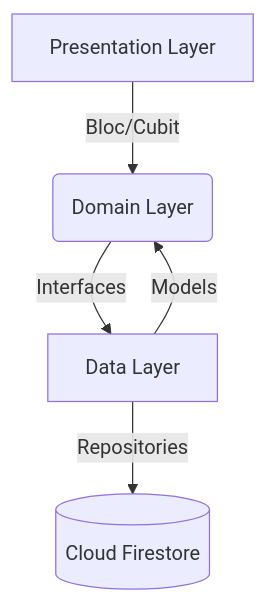
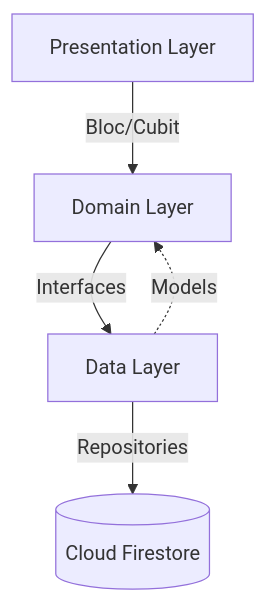
The diagram in README.md (MahmoodNasher711/Rento), drawn with Mermaid before and after one commit.

````diff
--- a/README.md
+++ b/README.md
@@ -50,7 +50,7 @@
 ```mermaid
 graph TD
-    A[Presentation Layer] -->|Bloc/Cubit| B(Domain Layer)
+    A[Presentation Layer] -->|Bloc/Cubit| B[Domain Layer]
     B -->|Interfaces| C[Data Layer]
     C -->|Repositories| D[(Cloud Firestore)]
-    C -->|Models| B
+    C -.->|Models| B
 ```
````
